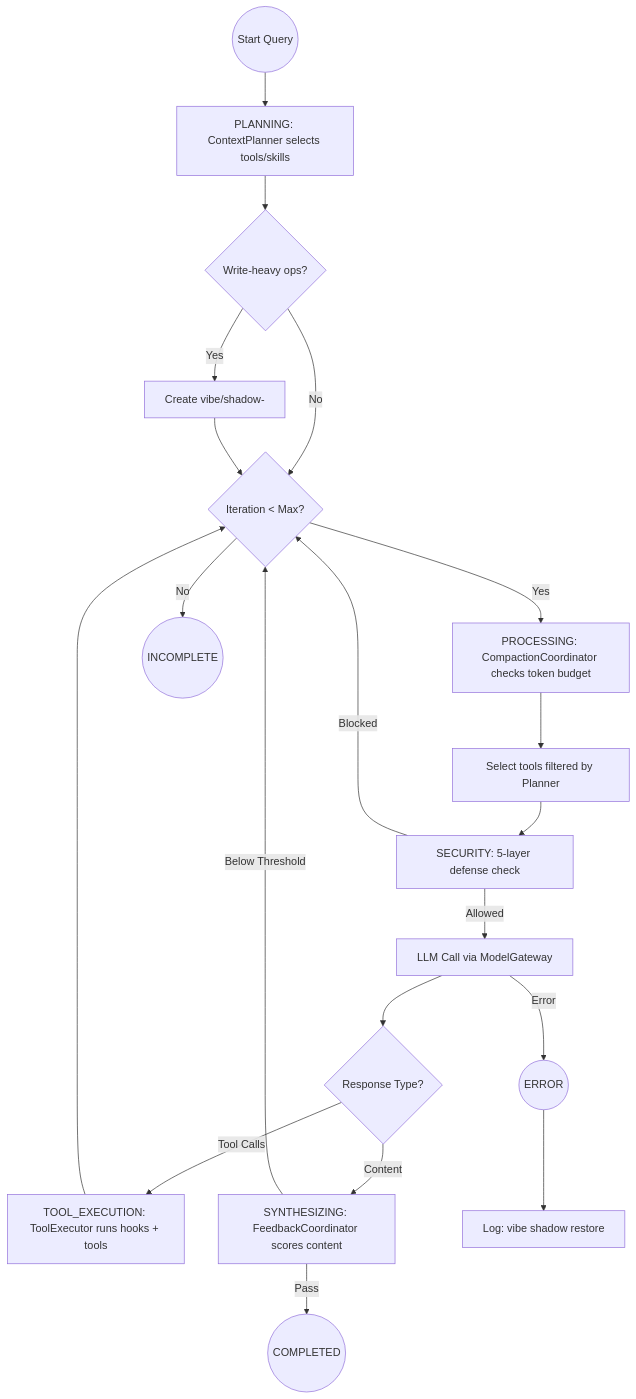
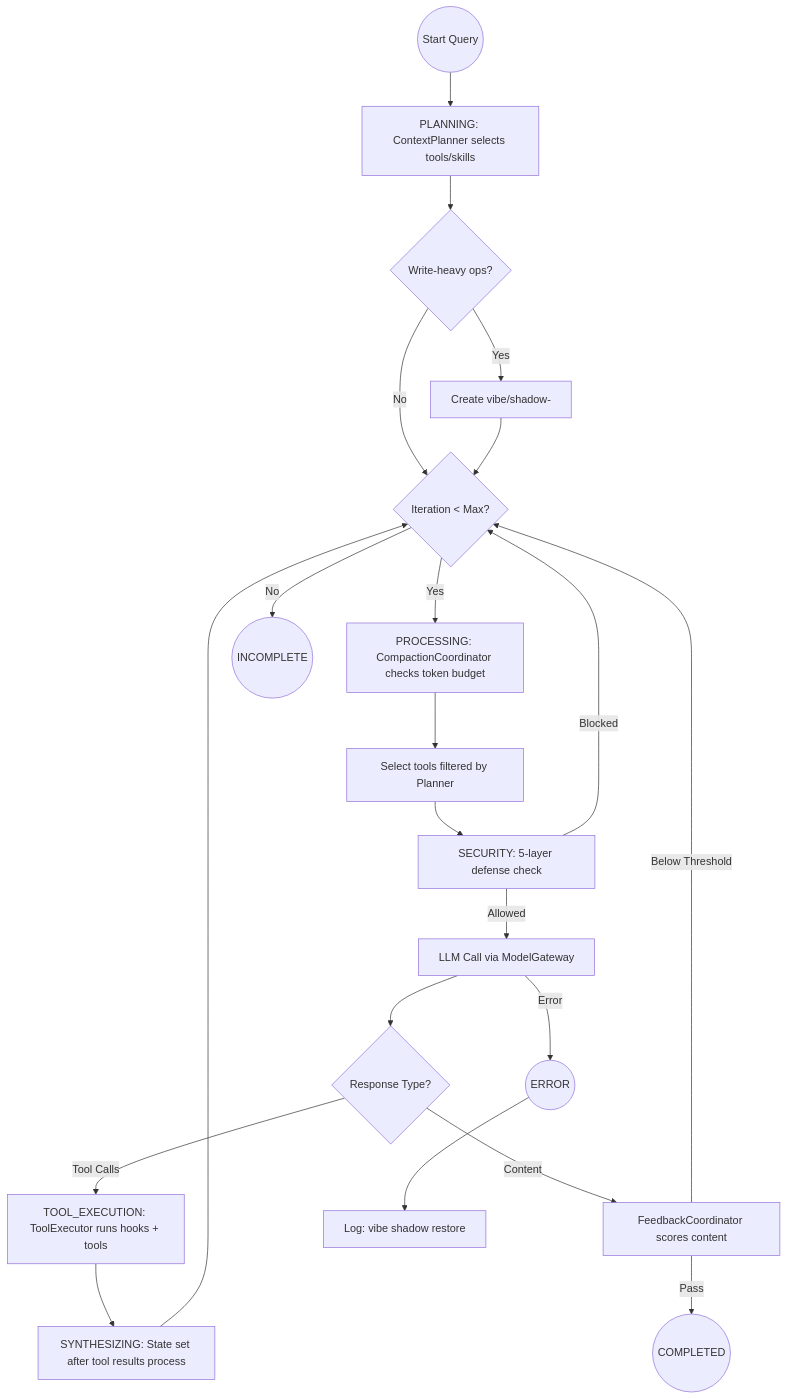
Before and after one commit to iwisher/vibe-agent: the diagram in docs/ARCHITECTURE.md, drawn with Mermaid. The commit also changed other lines of this file and 6 other files, not shown here.

````diff
--- a/docs/ARCHITECTURE.md
+++ b/docs/ARCHITECTURE.md
@@ -80,27 +80,28 @@
 ```mermaid
 graph TD
     Start((Start Query)) --> Planning[PLANNING: ContextPlanner selects tools/skills]
     Planning --> ShadowCheck{Write-heavy ops?}
     ShadowCheck -- Yes --> CreateShadow[Create vibe/shadow-<session-id>]
     ShadowCheck -- No --> LoopStart
     CreateShadow --> LoopStart
     
     LoopStart{Iteration < Max?} -- Yes --> Compaction[PROCESSING: CompactionCoordinator checks token budget]
     Compaction --> ToolSelection[Select tools filtered by Planner]
     ToolSelection --> Security[SECURITY: 5-layer defense check]
     Security -- Blocked --> LoopStart
     Security -- Allowed --> LLMCall[LLM Call via ModelGateway]
     
     LLMCall --> CheckResponse{Response Type?}
     
     CheckResponse -- Tool Calls --> ToolExec[TOOL_EXECUTION: ToolExecutor runs hooks + tools]
-    ToolExec --> LoopStart
+    ToolExec --> Synthesizing[SYNTHESIZING: State set after tool results process]
+    Synthesizing --> LoopStart
     
-    CheckResponse -- Content --> Feedback[SYNTHESIZING: FeedbackCoordinator scores content]
+    CheckResponse -- Content --> Feedback[FeedbackCoordinator scores content]
     Feedback -- Below Threshold --> LoopStart
     Feedback -- Pass --> End((COMPLETED))
     
     LoopStart -- No --> Incomplete((INCOMPLETE))
     LLMCall -- Error --> ErrorState((ERROR))
     ErrorState --> OfferRollback[Log: vibe shadow restore <session-id>]
 ```
````
